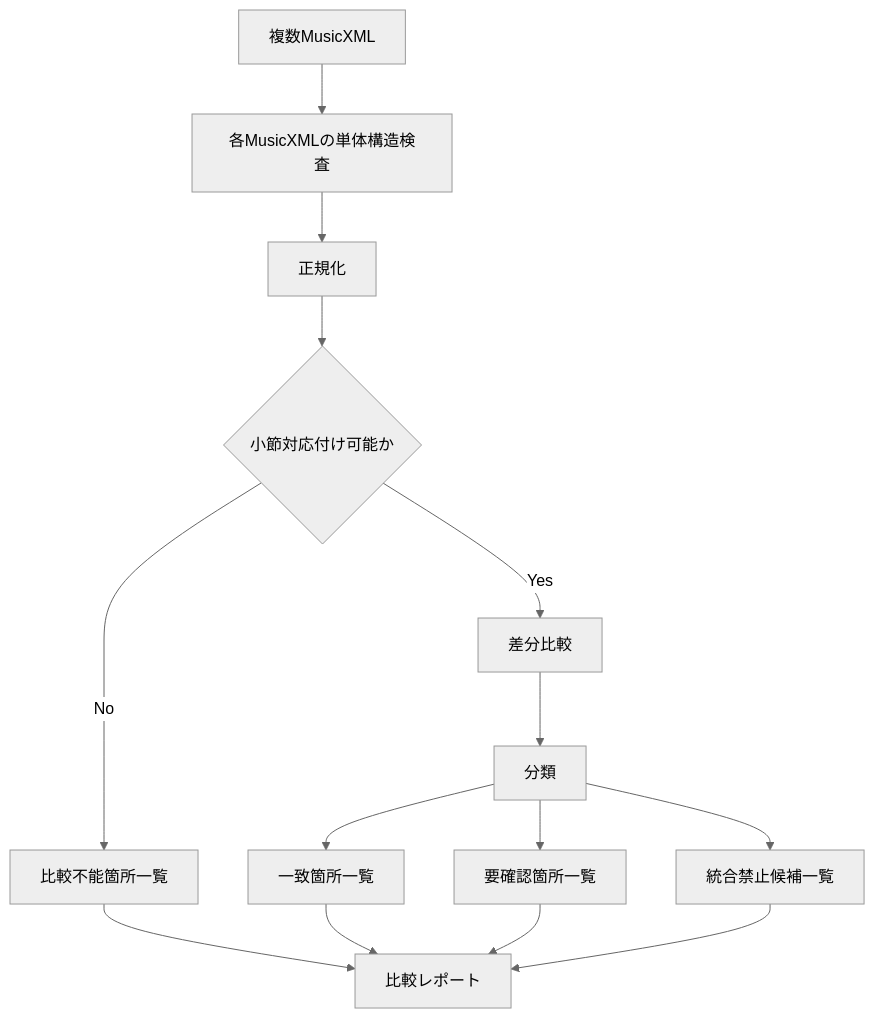
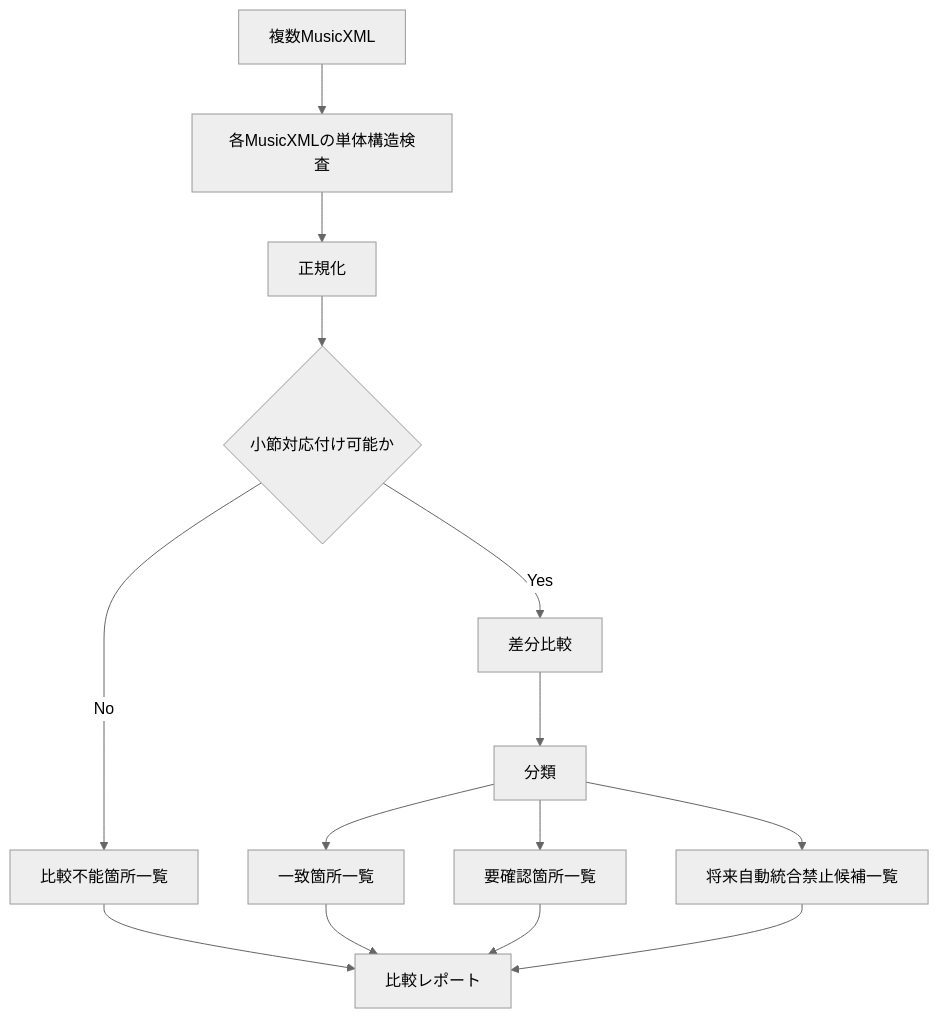
The first of 4 diagrams in docs/design/MULTI_OMR_BASIC_DESIGN.md (t-oikawa-sendai/score-reader), drawn with Mermaid (neutral theme) before and after one commit. The commit also changed other lines of this file, not shown here.

````diff
--- a/docs/design/MULTI_OMR_BASIC_DESIGN.md
+++ b/docs/design/MULTI_OMR_BASIC_DESIGN.md
@@ -155,19 +148,19 @@
 ```mermaid
 flowchart TD
     A[複数MusicXML] --> B[各MusicXMLの単体構造検査]
     B --> C[正規化]
     C --> D{小節対応付け可能か}
 
     D -->|No| E[比較不能箇所一覧]
     D -->|Yes| F[差分比較]
 
     F --> G[分類]
     G --> G1[一致箇所一覧]
     G --> G2[要確認箇所一覧]
-    G --> G3[統合禁止候補一覧]
+    G --> G3[将来自動統合禁止候補一覧]
 
     E --> H[比較レポート]
     G1 --> H
     G2 --> H
     G3 --> H
 ```
````
